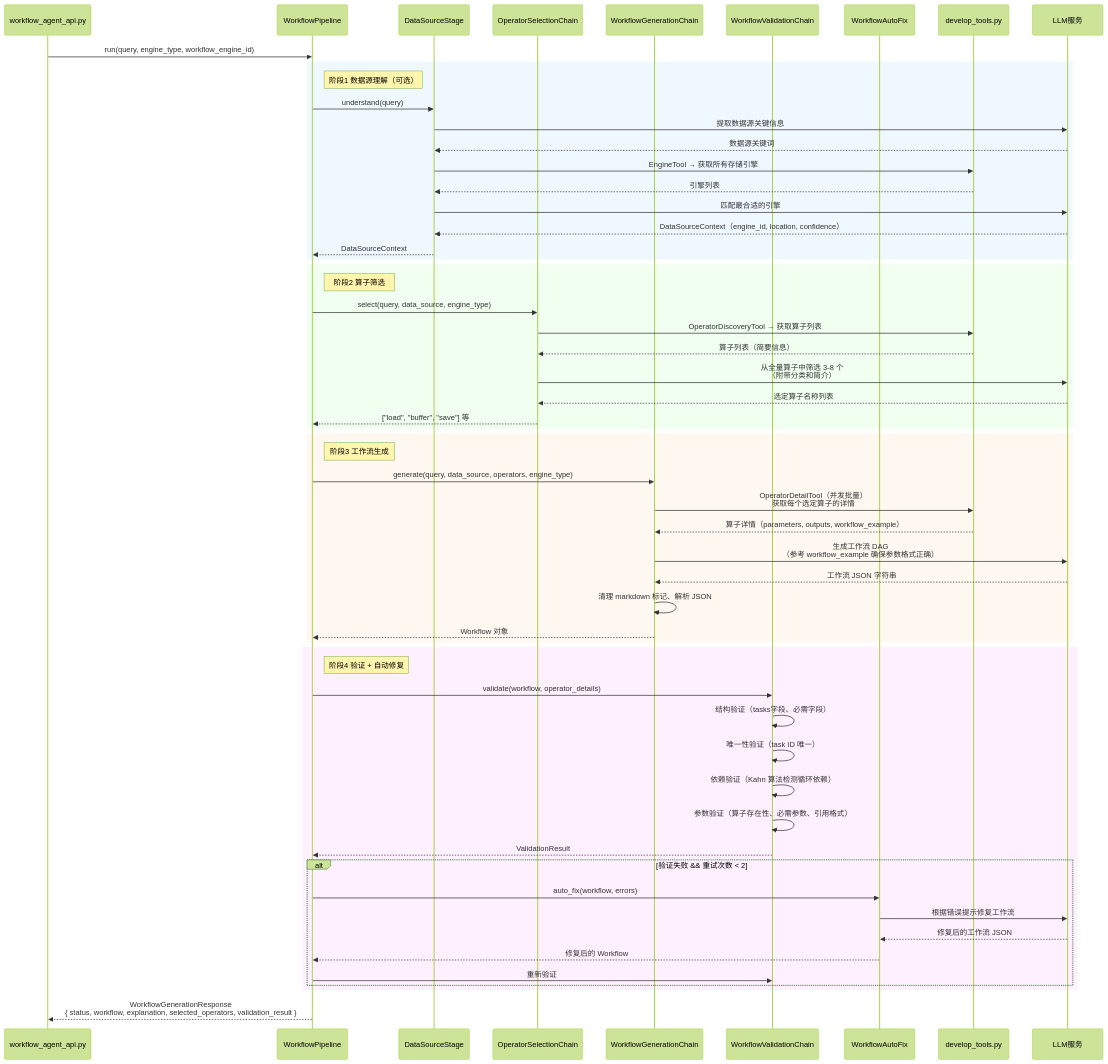
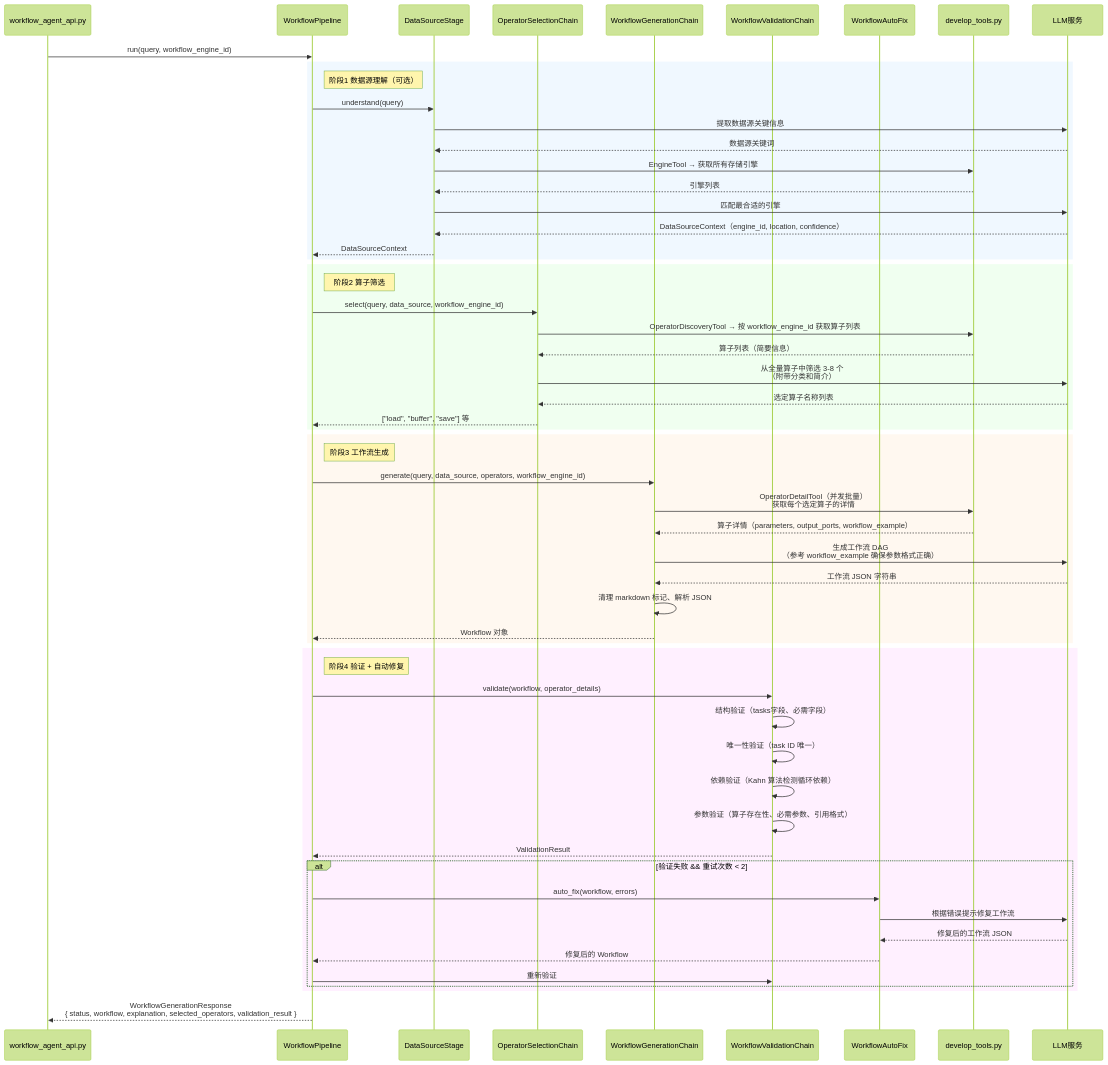
Before and after one commit to pampa0629/addp: the third of 3 diagrams in copilot/docs/copilot-develop-调用关系说明.md, drawn with Mermaid (forest theme). The commit also changed other lines of this file and 536 other files, not shown here.

````diff
--- a/copilot/docs/copilot-develop-调用关系说明.md
+++ b/copilot/docs/copilot-develop-调用关系说明.md
@@ -122,67 +113,67 @@
 ```mermaid
 sequenceDiagram
     participant API as workflow_agent_api.py
     participant Pipeline as WorkflowPipeline
     participant DS as DataSourceStage
     participant Sel as OperatorSelectionChain
     participant Gen as WorkflowGenerationChain
     participant Val as WorkflowValidationChain
     participant Fix as WorkflowAutoFix
     participant DevTools as develop_tools.py
     participant LLM as LLM服务
 
-    API->>Pipeline: run(query, engine_type, workflow_engine_id)
+    API->>Pipeline: run(query, workflow_engine_id)
 
     rect rgb(240,248,255)
         note right of Pipeline: 阶段1 数据源理解（可选）
         Pipeline->>DS: understand(query)
         DS->>LLM: 提取数据源关键信息
         LLM-->>DS: 数据源关键词
         DS->>DevTools: EngineTool → 获取所有存储引擎
         DevTools-->>DS: 引擎列表
         DS->>LLM: 匹配最合适的引擎
         LLM-->>DS: DataSourceContext（engine_id, location, confidence）
         DS-->>Pipeline: DataSourceContext
     end
 
     rect rgb(240,255,240)
         note right of Pipeline: 阶段2 算子筛选
-        Pipeline->>Sel: select(query, data_source, engine_type)
-        Sel->>DevTools: OperatorDiscoveryTool → 获取算子列表
+        Pipeline->>Sel: select(query, data_source, workflow_engine_id)
+        Sel->>DevTools: OperatorDiscoveryTool → 按 workflow_engine_id 获取算子列表
         DevTools-->>Sel: 算子列表（简要信息）
         Sel->>LLM: 从全量算子中筛选 3-8 个<br/>（附带分类和简介）
         LLM-->>Sel: 选定算子名称列表
         Sel-->>Pipeline: ["load", "buffer", "save"] 等
     end
 
     rect rgb(255,248,240)
         note right of Pipeline: 阶段3 工作流生成
-        Pipeline->>Gen: generate(query, data_source, operators, engine_type)
+        Pipeline->>Gen: generate(query, data_source, operators, workflow_engine_id)
         Gen->>DevTools: OperatorDetailTool（并发批量）<br/>获取每个选定算子的详情
-        DevTools-->>Gen: 算子详情（parameters, outputs, workflow_example）
+        DevTools-->>Gen: 算子详情（parameters, output_ports, workflow_example）
         Gen->>LLM: 生成工作流 DAG<br/>（参考 workflow_example 确保参数格式正确）
         LLM-->>Gen: 工作流 JSON 字符串
         Gen->>Gen: 清理 markdown 标记、解析 JSON
         Gen-->>Pipeline: Workflow 对象
     end
 
     rect rgb(255,240,255)
         note right of Pipeline: 阶段4 验证 + 自动修复
         Pipeline->>Val: validate(workflow, operator_details)
         Val->>Val: 结构验证（tasks字段、必需字段）
         Val->>Val: 唯一性验证（task ID 唯一）
         Val->>Val: 依赖验证（Kahn 算法检测循环依赖）
         Val->>Val: 参数验证（算子存在性、必需参数、引用格式）
         Val-->>Pipeline: ValidationResult
 
         alt 验证失败 && 重试次数 < 2
             Pipeline->>Fix: auto_fix(workflow, errors)
             Fix->>LLM: 根据错误提示修复工作流
             LLM-->>Fix: 修复后的工作流 JSON
             Fix-->>Pipeline: 修复后的 Workflow
             Pipeline->>Val: 重新验证
         end
     end
 
     Pipeline-->>API: WorkflowGenerationResponse<br/>{ status, workflow, explanation, selected_operators, validation_result }
 ```
````
